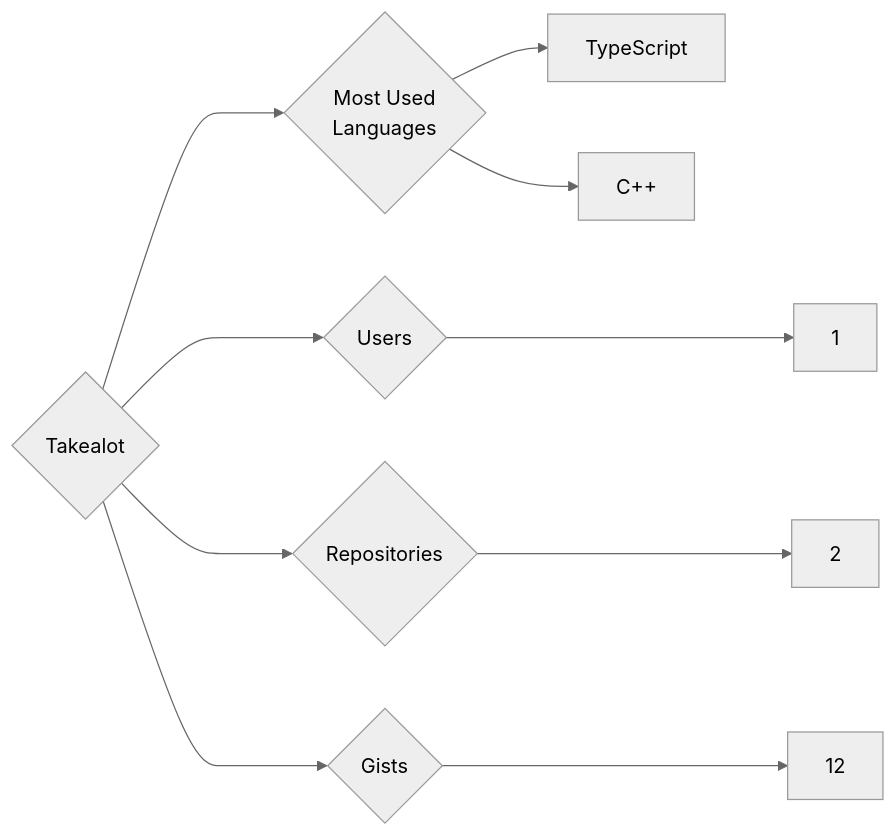
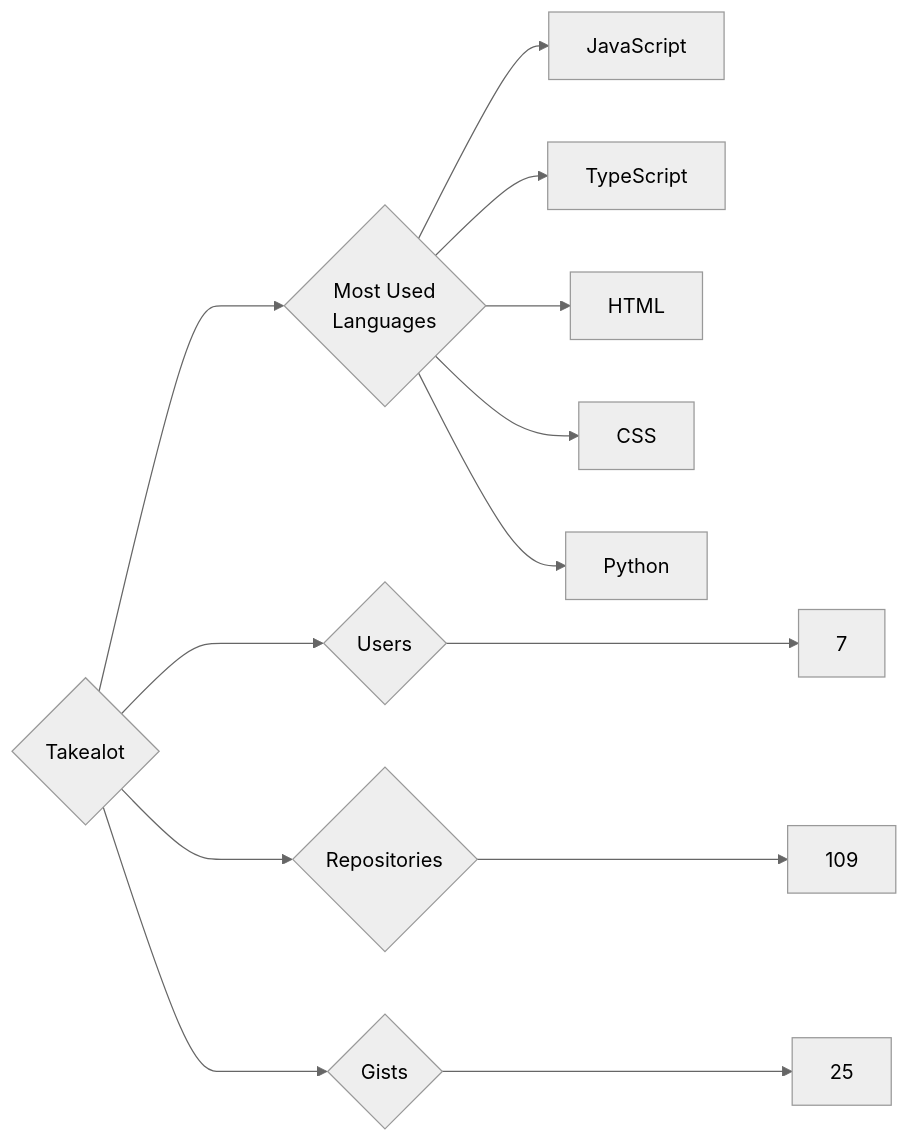
One commit to trickest/insiders changed the diagram in targets/Takealot/README.md. Above: the diagram before and after it, drawn with Mermaid (neutral theme). The commit also changed 995 other files, not shown here.

````diff
--- a/targets/Takealot/README.md
+++ b/targets/Takealot/README.md
@@ -3,10 +3,13 @@
 ```mermaid
 graph LR
 COMPANY_NAME{Takealot}
-COMPANY_NAME ---> U{Users} ---> UN[1]
-COMPANY_NAME ---> R{Repositories} ---> RN[2]
-COMPANY_NAME ---> G{Gists} ---> GN[12]
+COMPANY_NAME ---> U{Users} ---> UN[7]
+COMPANY_NAME ---> R{Repositories} ---> RN[109]
+COMPANY_NAME ---> G{Gists} ---> GN[25]
 COMPANY_NAME ---> ML{Most Used<br>Languages}
+ML --> JavaScript[JavaScript]
 ML --> TypeScript[TypeScript]
-ML --> C++[C++]
+ML --> HTML[HTML]
+ML --> CSS[CSS]
+ML --> Python[Python]
 ```
````
